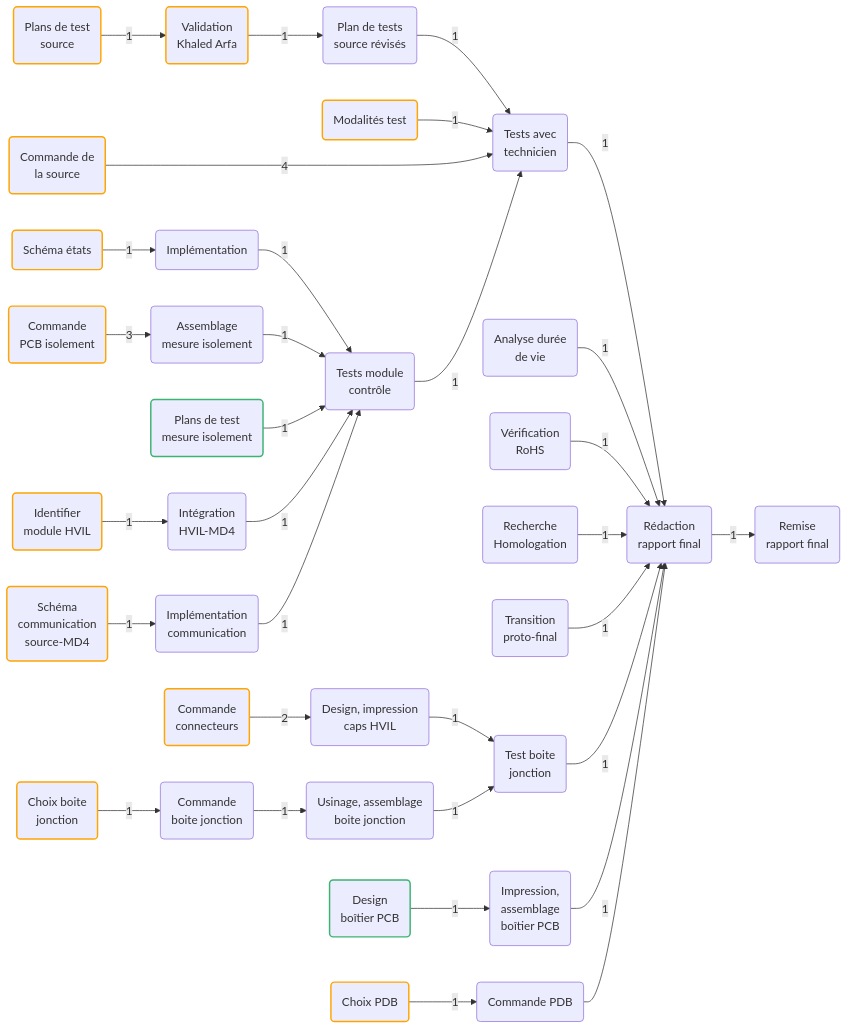
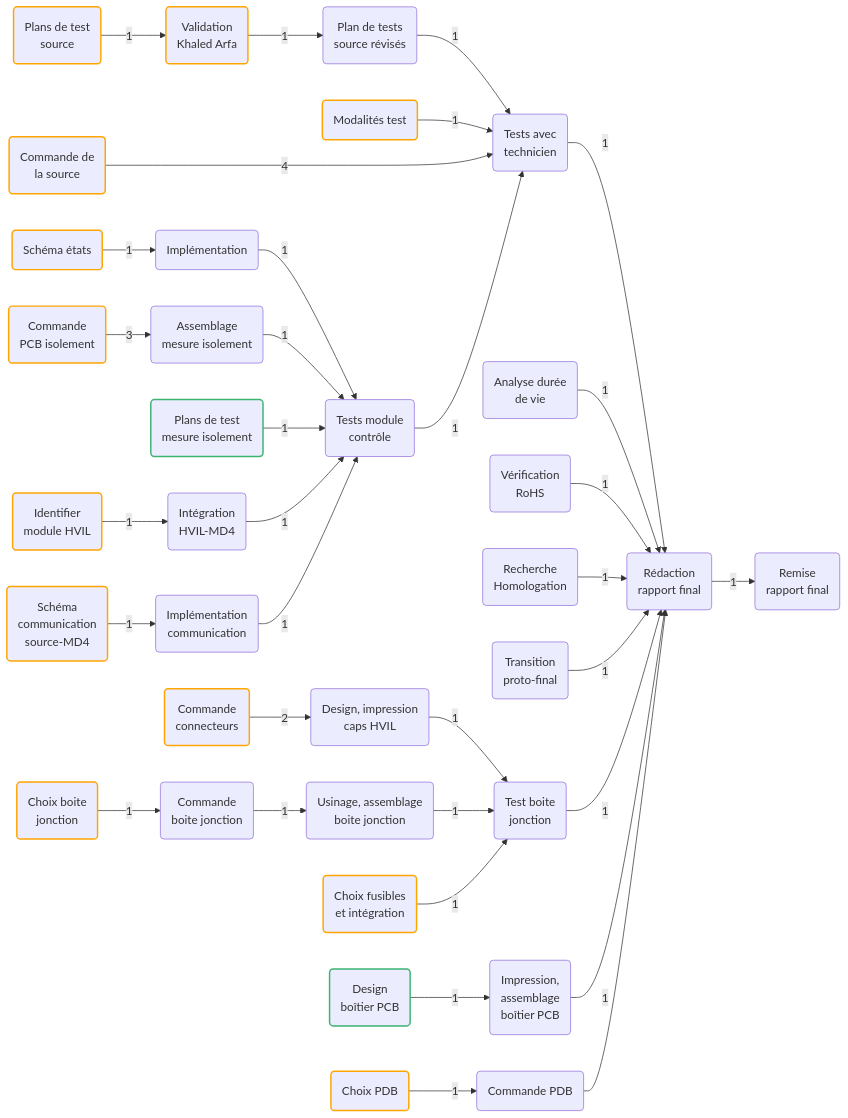
One commit to felax/OUTILLAGE changed the first of 4 diagrams in README.md. Above: the diagram before and after it, drawn with Mermaid.

````diff
--- a/README.md
+++ b/README.md
@@ -2,72 +2,73 @@
 ``` mermaid
 graph LR
     A(Plans de test<br>source):::prog
     B(Validation<br>Khaled Arfa):::prog
     C(Plan de tests <br>source révisés)
     D(Tests avec<br>technicien)
     E(Modalités test):::prog
     F(Commande de <br>la source):::prog
     G(Rédaction <br> rapport final)
     H(Analyse durée<br>de vie)
     I(Vérification<br>RoHS)
     J(Recherche <br> Homologation)
     K(Transition <br> proto-final)
     L(Schéma états):::prog
     M(Implémentation)
     N(Tests module <br> contrôle)
     O(Assemblage <br> mesure isolement)
     P(Plans de test <br> mesure isolement):::done
     Q(Identifier <br> module HVIL):::prog
     R(Intégration <br> HVIL-MD4)
     S(Schéma <br> communication <br> source-MD4):::prog
     T(Implémentation <br> communication)
-
+    U(Choix fusibles <br> et intégration):::prog
     V(Design, impression <br> caps HVIL)
     W(Usinage, assemblage <br> boite jonction)
     Y(Test boite <br> jonction)
     Z(Design <br> boîtier PCB):::done
 
     a(Impression, <br> assemblage <br> boîtier PCB)
     b(Choix PDB):::prog
     c(Commande PDB)
     e(Choix boite <br>jonction):::prog
     d(Remise <br> rapport final)
     f(Commande <br> boite jonction)
     g(Commande <br> PCB isolement):::prog
     h(Commande <br> connecteurs):::prog
     
     B --> |1| C
     C --> |1| D
     E --> |1| D
     F ----> |4| D
     D --> |1| G
     H --> |1| G
     I --> |1| G
     J --> |1| G
     K --> |1| G
     L --> |1| M
     M --> |1| N
     N --> |1| D
     O --> |1| N
     P --> |1| N
     Q --> |1| R
     R --> |1| N
     S --> |1| T
     T --> |1| N
     h --> |2| V
     V --> |1| Y
     W --> |1| Y
     e --> |1| f
     f --> |1| W
     Y --> |1| G
     Z --> |1| a
     a --> |1| G
     b --> |1| c
     c --> G
     g -->|3| O
     A --> |1| B
     G --> |1| d
+    U --> |1| Y
 
 classDef done stroke:MediumSeaGreen,stroke-width:2px;
 classDef prog stroke:Orange,stroke-width:2px;
 ```
````
